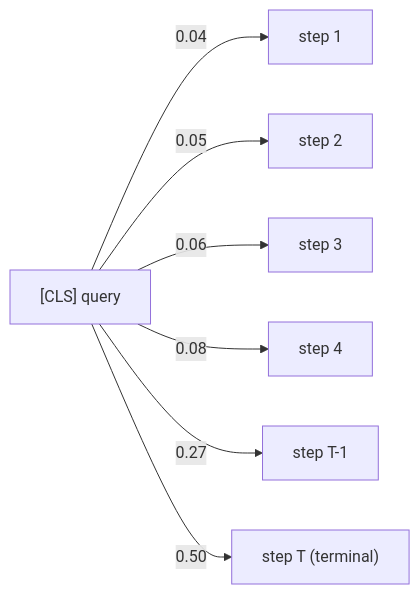
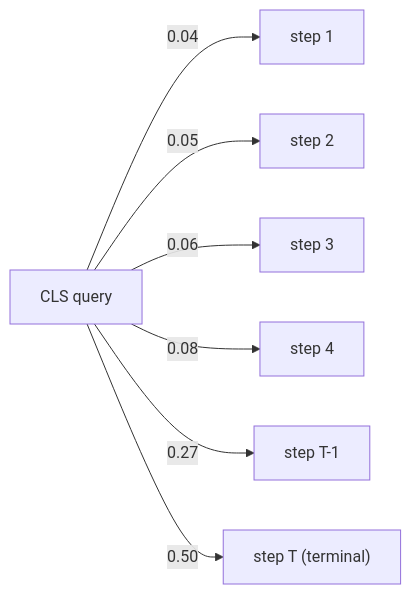
The first of 2 diagrams in src/content/essays/wm-v3-traj-transformer.mdx (samrathchadha/perseusresearch), drawn with Mermaid before and after one commit. The commit also changed other lines of this file and 27 other files, not shown here.

````diff
--- a/src/content/essays/wm-v3-traj-transformer.mdx
+++ b/src/content/essays/wm-v3-traj-transformer.mdx
@@ -117,16 +104,16 @@
 ```mermaid
 flowchart LR
-    CLS["[CLS] query"]
+    CLS["CLS query"]
     S1["step 1"]
     S2["step 2"]
     S3["step 3"]
     S4["step 4"]
     S5["step T-1"]
     ST["step T (terminal)"]
     CLS -- "0.04" --> S1
     CLS -- "0.05" --> S2
     CLS -- "0.06" --> S3
     CLS -- "0.08" --> S4
     CLS -- "0.27" --> S5
     CLS -- "0.50" --> ST
 ```
````
